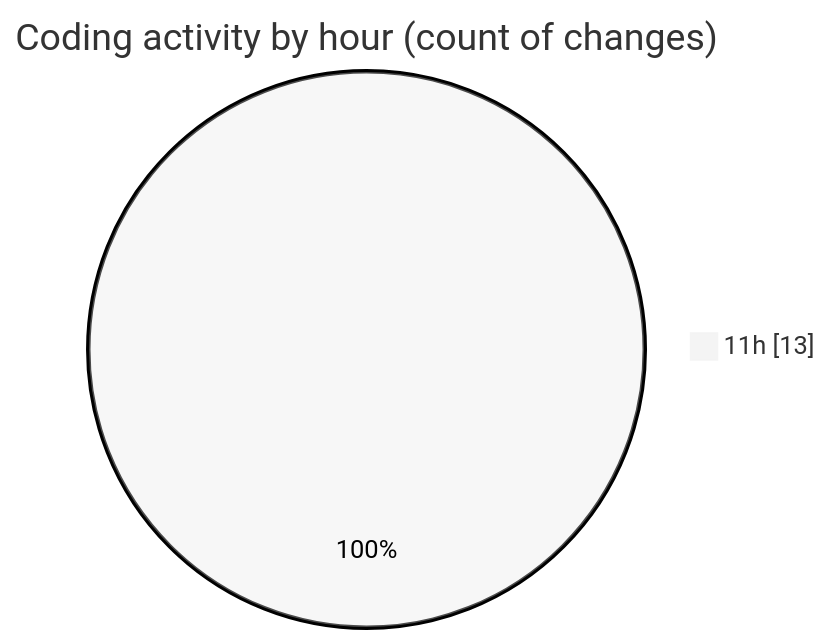
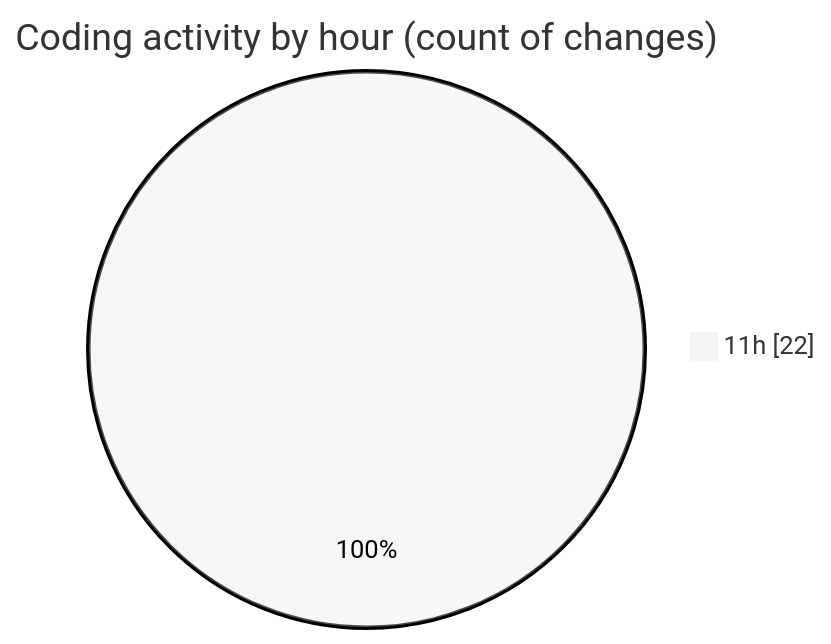
Before and after one commit to nxtqubesakshisongat/code-tracking: the second of 2 diagrams in 2025-05-10/argos-dev/README.md, drawn with Mermaid (neutral theme). The commit also changed other lines of this file and 1 other file, not shown here.

````diff
--- a/2025-05-10/argos-dev/README.md
+++ b/2025-05-10/argos-dev/README.md
@@ -28,5 +29,5 @@
 ```mermaid
 pie showData
 title Coding activity by hour (count of changes)
-"11h" : 13
+"11h" : 22
 ```
````
